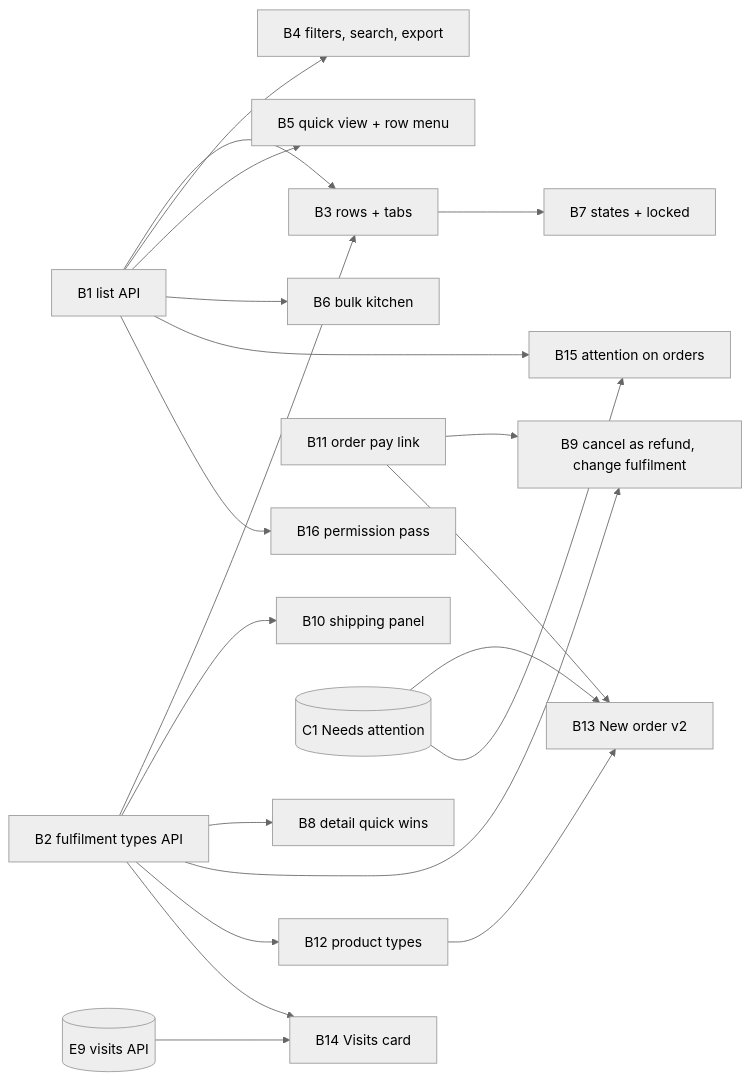
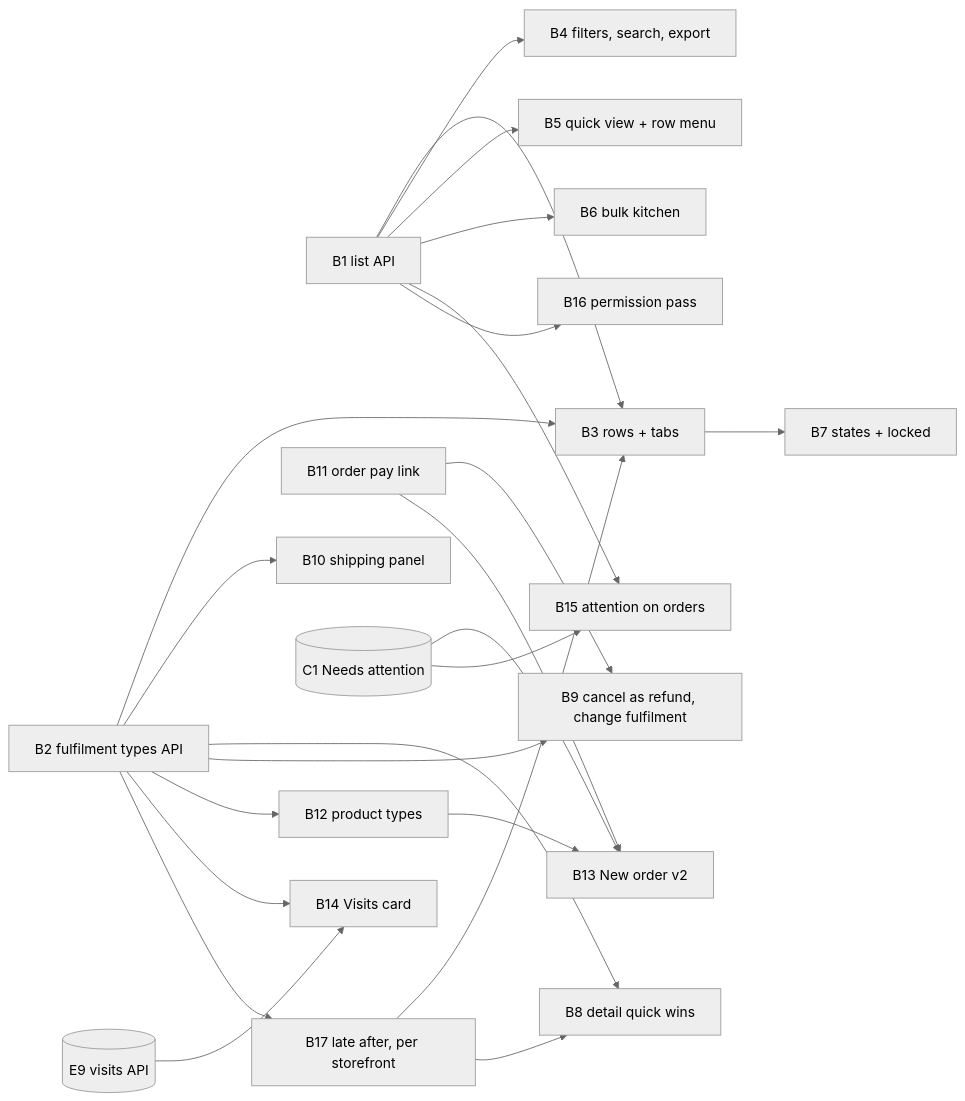
One commit to saroh-labs/saroh.in changed the second of 2 diagrams in docs/plans/2026-09-26-002-feat-orders-fulfilment-plan.md. Above: the diagram before and after it, drawn with Mermaid (neutral theme). The commit also changed other lines of this file and 3 other files, not shown here.

First line of the commit message:
docs(plans): each storefront sets when its orders are late

````diff
--- a/docs/plans/2026-09-26-002-feat-orders-fulfilment-plan.md
+++ b/docs/plans/2026-09-26-002-feat-orders-fulfilment-plan.md
@@ -480,23 +484,26 @@
 ```mermaid
 flowchart LR
   B1[B1 list API] --> B3[B3 rows + tabs]
   B2[B2 fulfilment types API] --> B3
   B1 --> B4[B4 filters, search, export]
   B1 --> B5[B5 quick view + row menu]
   B1 --> B6[B6 bulk kitchen]
   B3 --> B7[B7 states + locked]
   B2 --> B10[B10 shipping panel]
   B11[B11 order pay link]
   B2 --> B8[B8 detail quick wins]
   B2 --> B9[B9 cancel as refund, change fulfilment]
   B11 --> B9
   B2 --> B12[B12 product types]
   B12 --> B13[B13 New order v2]
   B11 --> B13
   C1[(C1 Needs attention)] --> B13
   C1 --> B15[B15 attention on orders]
   B1 --> B15
   E9[(E9 visits API)] --> B14[B14 Visits card]
   B2 --> B14
   B1 --> B16[B16 permission pass]
+  B2 --> B17[B17 late after, per storefront]
+  B17 --> B3
+  B17 --> B8
 ```
````
